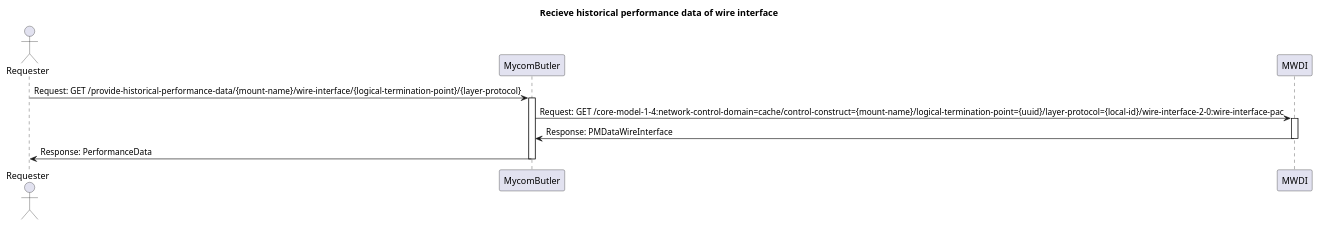
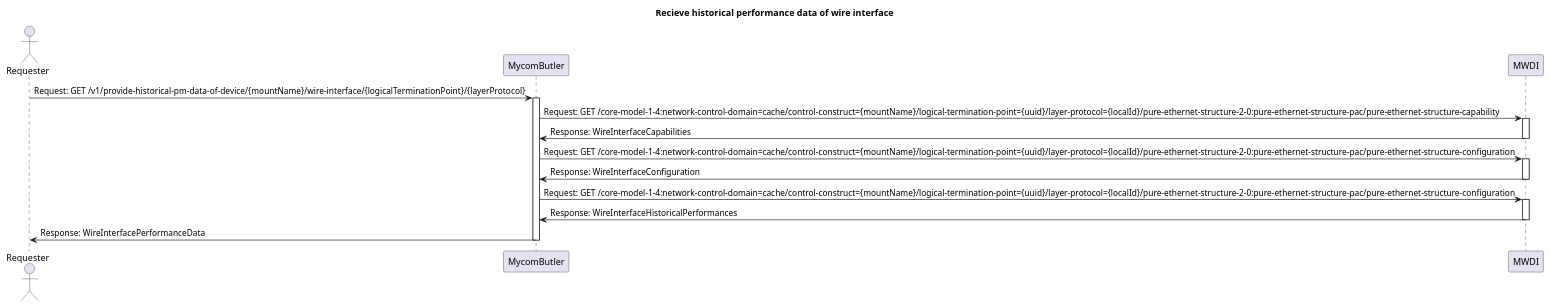
One commit to openBackhaul/MycomButler changed the diagram in spec/diagrams/historical-performance-data-wire-interface.plantuml. Above: the diagram before and after it, drawn with PlantUML. The commit also changed 5 other files, not shown here.

Commit message:
Update seq. diagram to new mwdi endpoints

```diff
--- a/spec/diagrams/historical-performance-data-wire-interface.plantuml
+++ b/spec/diagrams/historical-performance-data-wire-interface.plantuml
@@ -1,21 +1,32 @@
 @startuml Recieve_PM_data_wire_interface
 title "Recieve historical performance data of wire interface"
 
 actor Requester
 participant MycomButler
 participant MWDI
 
-Requester -> MycomButler: Request: GET /provide-historical-performance-data/{mount-name}/wire-interface/{logical-termination-point}/{layer-protocol}
+Requester -> MycomButler: Request: GET /v1/provide-historical-pm-data-of-device/{mountName}/wire-interface/{logicalTerminationPoint}/{layerProtocol}
 
 activate MycomButler
-MycomButler -> MWDI: Request: GET /core-model-1-4:network-control-domain=cache/control-construct={mount-name}/logical-termination-point={uuid}/layer-protocol={local-id}/wire-interface-2-0:wire-interface-pac
 
+MycomButler -> MWDI: Request: GET /core-model-1-4:network-control-domain=cache/control-construct={mountName}/logical-termination-point={uuid}/layer-protocol={localId}/pure-ethernet-structure-2-0:pure-ethernet-structure-pac/pure-ethernet-structure-capability
 activate MWDI
-MWDI -> MycomButler: Response: PMDataWireInterface
+MWDI -> MycomButler: Response: WireInterfaceCapabilities
+deactivate MWDI
 
+MycomButler -> MWDI: Request: GET /core-model-1-4:network-control-domain=cache/control-construct={mountName}/logical-termination-point={uuid}/layer-protocol={localId}/pure-ethernet-structure-2-0:pure-ethernet-structure-pac/pure-ethernet-structure-configuration
+activate MWDI
+MWDI -> MycomButler: Response: WireInterfaceConfiguration
 deactivate MWDI
-MycomButler -> Requester: Response: PerformanceData
+
+MycomButler -> MWDI: Request: GET /core-model-1-4:network-control-domain=cache/control-construct={mountName}/logical-termination-point={uuid}/layer-protocol={localId}/pure-ethernet-structure-2-0:pure-ethernet-structure-pac/pure-ethernet-structure-configuration
+activate MWDI
+MWDI -> MycomButler: Response: WireInterfaceHistoricalPerformances
+deactivate MWDI
+
+
+
+MycomButler -> Requester: Response: WireInterfacePerformanceData
 
 deactivate MycomButler
-
 @enduml
```
